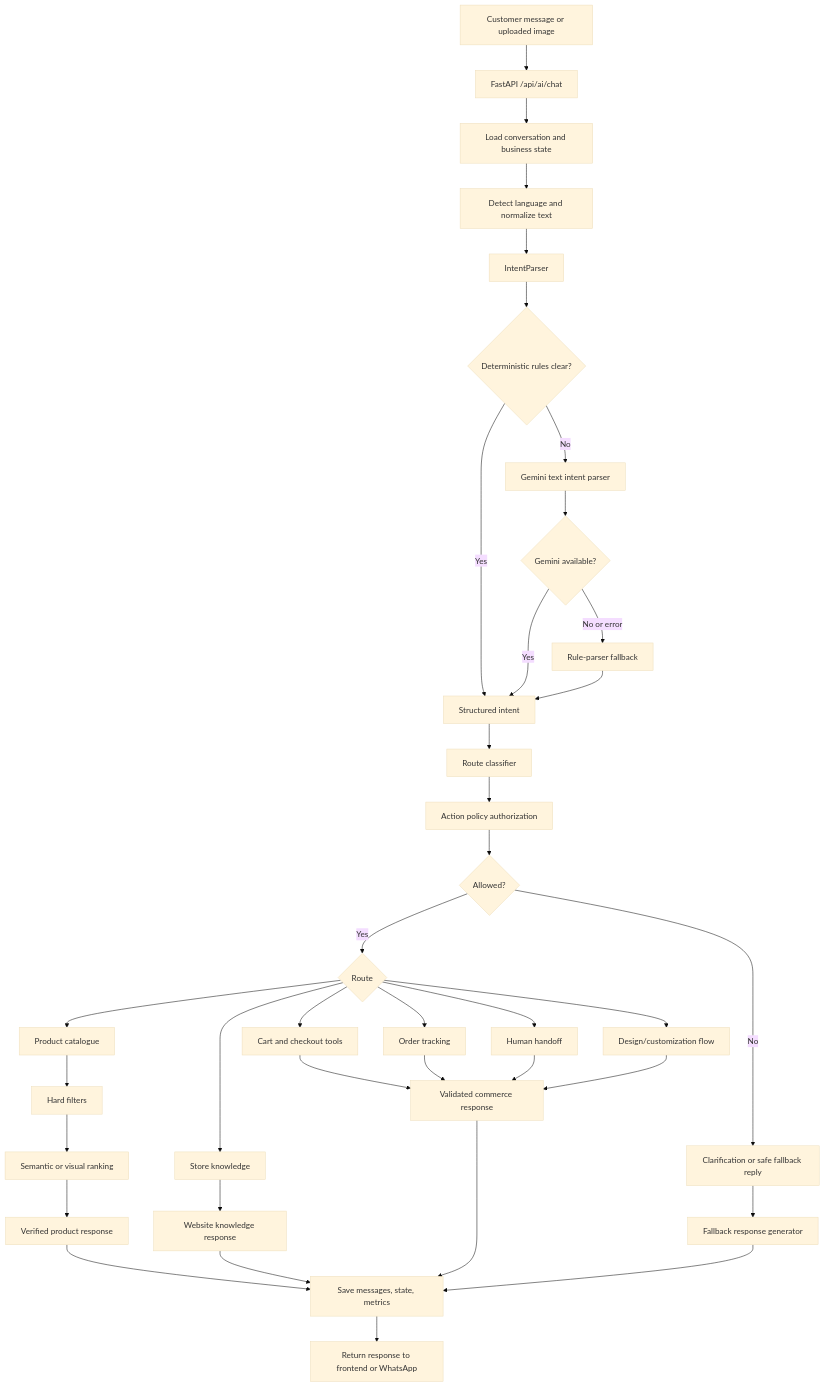
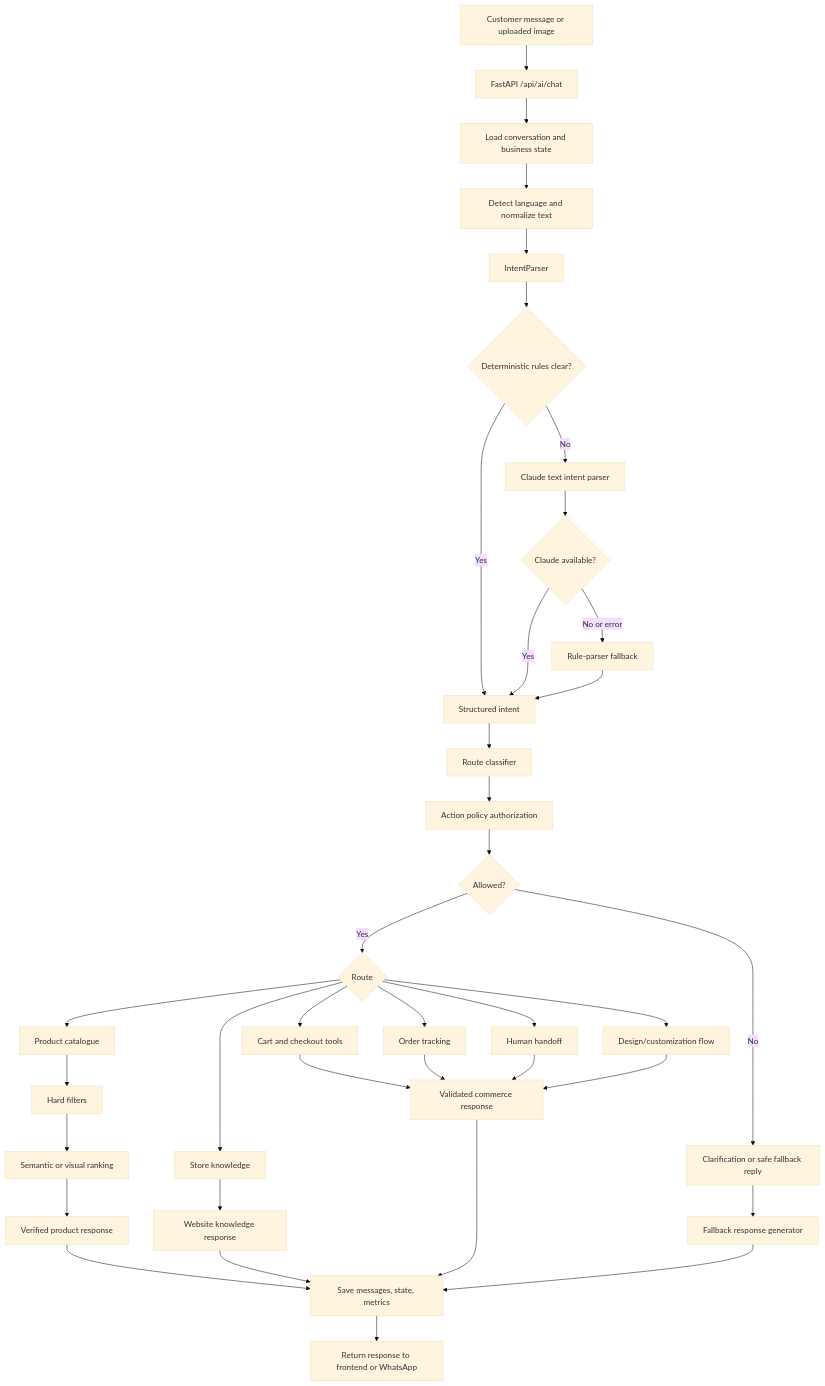
One commit to maitrova/Full-Stack-Project changed the first of 2 diagrams in server/ai-agent-backend/AGENT-WORKFLOW.md. Above: the diagram before and after it, drawn with Mermaid (base theme). The commit also changed other lines of this file and 19 other files, not shown here.

First line of the commit message:
Switch the AI agent from Gemini to Claude Haiku 5.5

````diff
--- a/server/ai-agent-backend/AGENT-WORKFLOW.md
+++ b/server/ai-agent-backend/AGENT-WORKFLOW.md
@@ -7,39 +7,39 @@
 ```mermaid
 flowchart TD
     A[Customer message or uploaded image] --> B[FastAPI /api/ai/chat]
     B --> C[Load conversation and business state]
     C --> D[Detect language and normalize text]
     D --> E[IntentParser]
     E --> F{Deterministic rules clear?}
     F -- Yes --> G[Structured intent]
-    F -- No --> H[Gemini text intent parser]
-    H --> I{Gemini available?}
+    F -- No --> H[Claude text intent parser]
+    H --> I{Claude available?}
     I -- No or error --> J[Rule-parser fallback]
     I -- Yes --> G
     J --> G
     G --> K[Route classifier]
     K --> L[Action policy authorization]
     L --> M{Allowed?}
     M -- No --> N[Clarification or safe fallback reply]
     M -- Yes --> O{Route}
     O --> P[Product catalogue]
     O --> Q[Store knowledge]
     O --> R[Cart and checkout tools]
     O --> S[Order tracking]
     O --> T[Human handoff]
     O --> U[Design/customization flow]
     P --> V[Hard filters]
     V --> W[Semantic or visual ranking]
     W --> X[Verified product response]
     Q --> Y[Website knowledge response]
     R --> Z[Validated commerce response]
     S --> Z
     T --> Z
     U --> Z
     N --> AA[Fallback response generator]
     X --> AB[Save messages, state, metrics]
     Y --> AB
     Z --> AB
     AA --> AB
     AB --> AC[Return response to frontend or WhatsApp]
 ```
````
